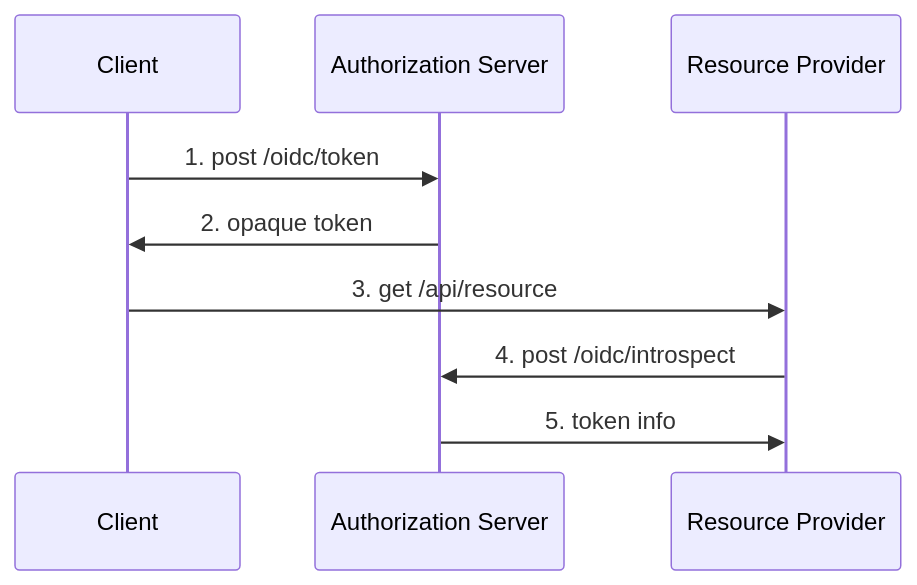
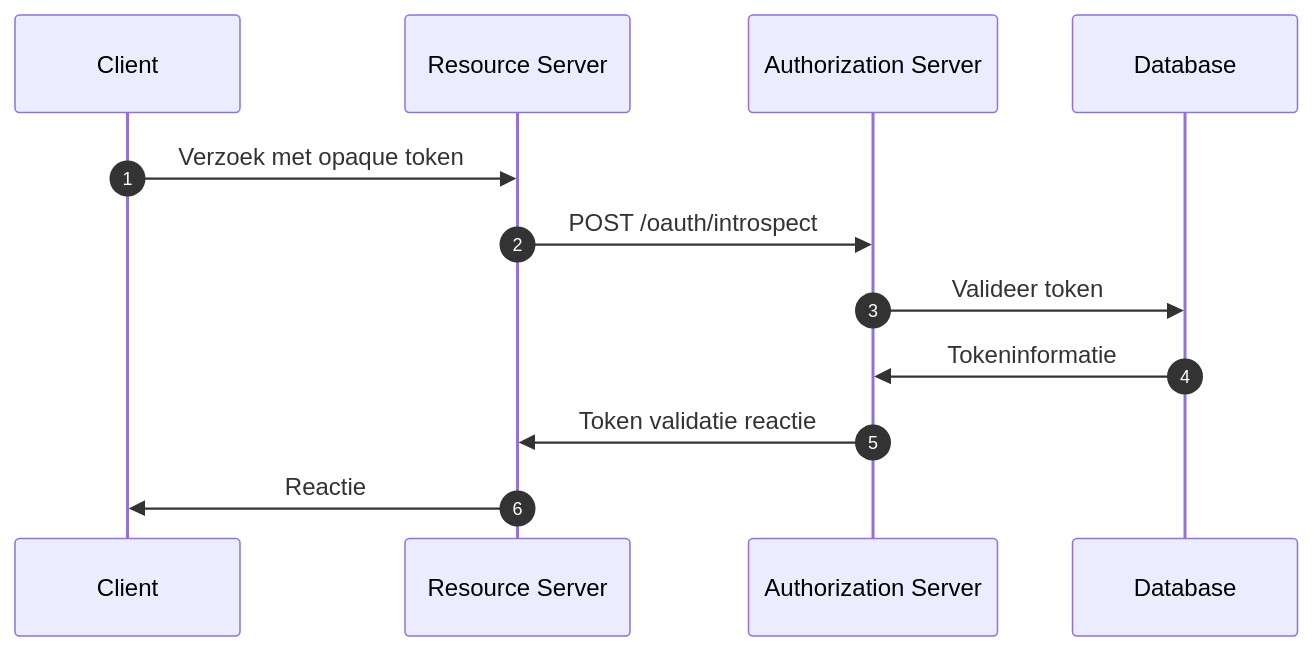
Before and after one commit to logto-io/auth-wiki: the third of 5 diagrams in src/content/terms/nl/opaque-token.mdx, drawn with Mermaid. The commit also changed other lines of this file and 95 other files, not shown here.

````diff
--- a/src/content/terms/nl/opaque-token.mdx
+++ b/src/content/terms/nl/opaque-token.mdx
@@ -49,13 +80,15 @@
 ```mermaid
 sequenceDiagram
     participant C as Client
+    participant RS as Resource Server
     participant AS as Authorization Server
-    participant RP as Resource Provider
+    participant D as Database
+    autonumber
 
-    C ->> AS: 1. post /oidc/token
-    AS ->> C: 2. opaque token
-    C ->> RP: 3. get /api/resource
-    RP ->> AS: 4. post /oidc/introspect
-    AS ->> RP: 5. token info
-
+    C->>RS: Verzoek met opaque token
+    RS->>AS: POST /oauth/introspect
+    AS->>D: Valideer token
+    D->>AS: Tokeninformatie
+    AS->>RS: Token validatie reactie
+    RS->>C: Reactie
 ```
````
